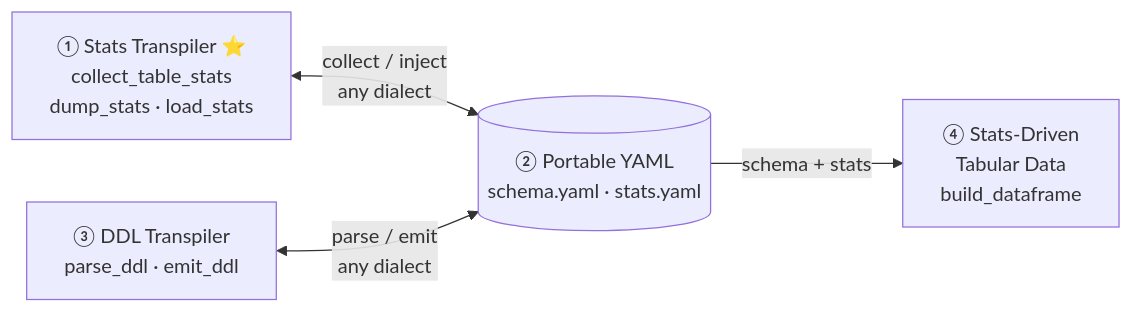
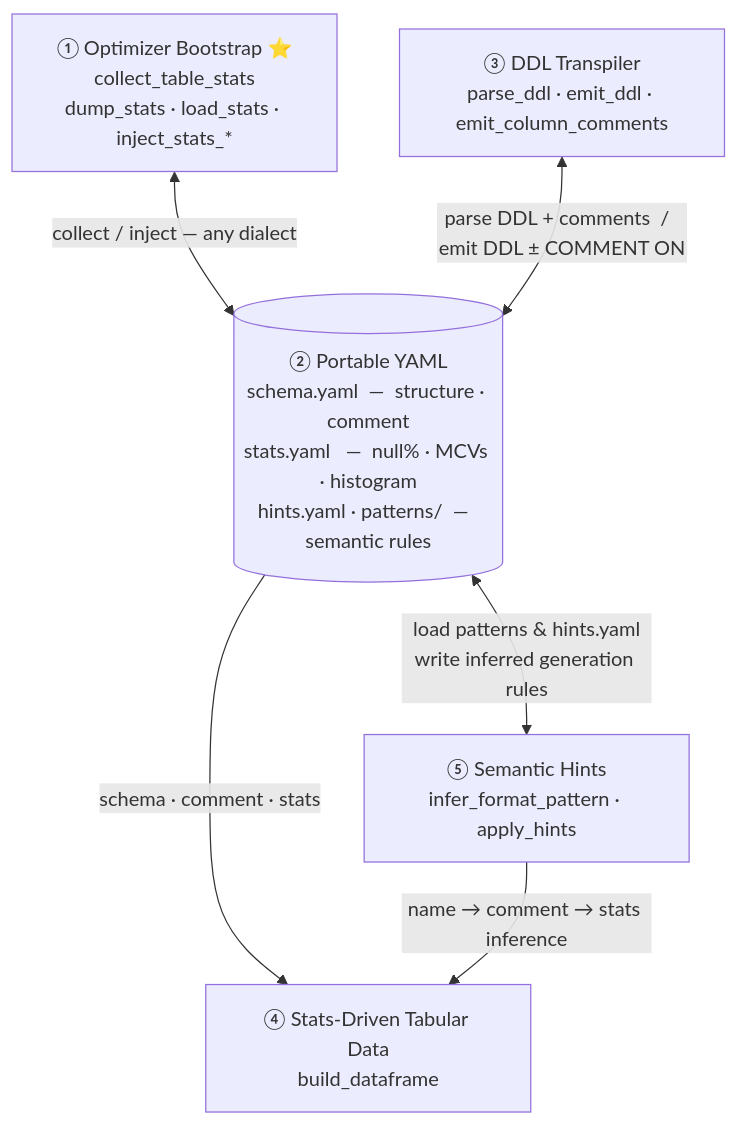
Before and after one commit to rsleedbx/statschema: the first of 2 diagrams in README.md, drawn with Mermaid. The commit also changed other lines of this file and 14 other files, not shown here.

````diff
--- a/README.md
+++ b/README.md
@@ -10,11 +10,14 @@
 ```mermaid
-flowchart LR
-    A["① Stats Transpiler ⭐\ncollect_table_stats\ndump_stats · load_stats"]
-    B[("② Portable YAML\nschema.yaml · stats.yaml")]
-    C["③ DDL Transpiler\nparse_ddl · emit_ddl"]
-    D["④ Stats-Driven\nTabular Data\nbuild_dataframe"]
+flowchart TD
+    A["① Optimizer Bootstrap ⭐\ncollect_table_stats\ndump_stats · load_stats · inject_stats_*"]
+    B[("② Portable YAML\nschema.yaml  —  structure · comment\nstats.yaml   —  null% · MCVs · histogram\nhints.yaml · patterns/  —  semantic rules")]
+    C["③ DDL Transpiler\nparse_ddl · emit_ddl · emit_column_comments"]
+    D["④ Stats-Driven Tabular Data\nbuild_dataframe"]
+    E["⑤ Semantic Hints\ninfer_format_pattern · apply_hints"]
 
-    A <-->|"collect / inject\nany dialect"| B
-    C <-->|"parse / emit\nany dialect"| B
-    B -->|"schema + stats"| D
+    A <-->|"collect / inject  —  any dialect"| B
+    C <-->|"parse DDL + comments  /  emit DDL ± COMMENT ON"| B
+    B -->|"schema · comment · stats"| D
+    B <-->|"load patterns & hints.yaml\nwrite inferred generation rules"| E
+    E -->|"name → comment → stats inference"| D
 ```
````
